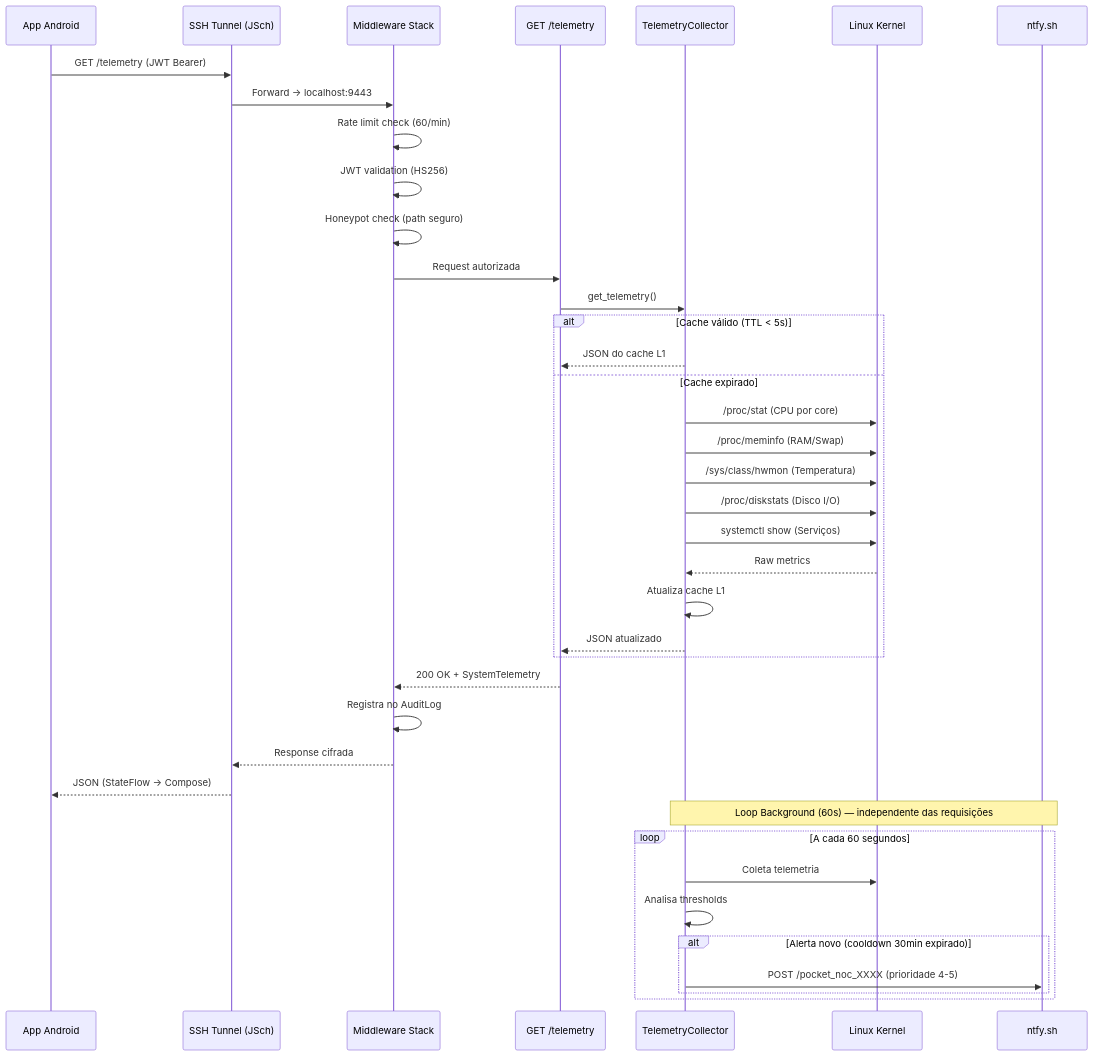
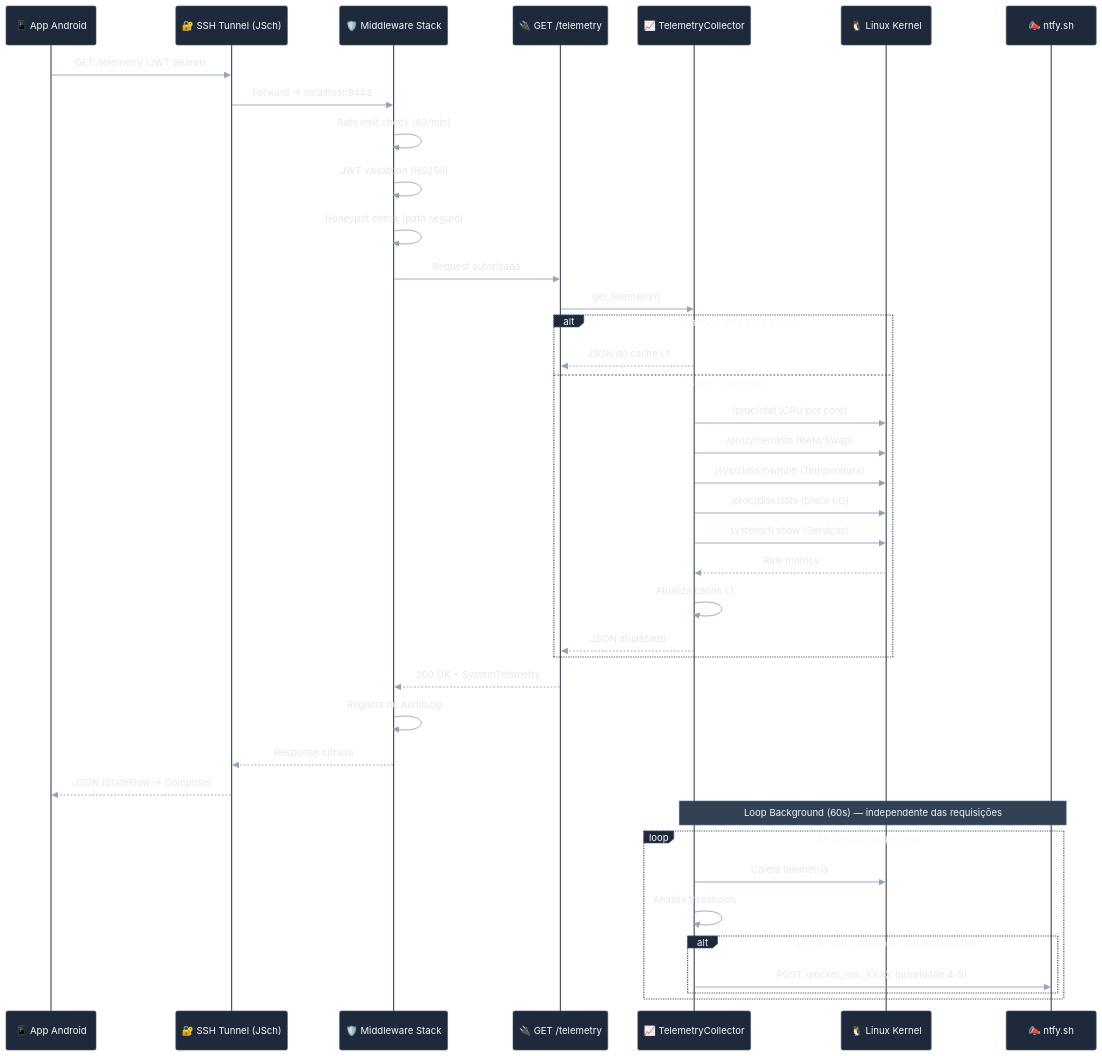
Before and after one commit to Munique-Feitoza/server-controller: the seventh of 12 diagrams in docs/ARCHITECTURE.md, drawn with Mermaid. The commit also changed other lines of this file and 8 other files, not shown here.

First line of the commit message:
docs: aplicar tema visual consistente nos diagramas mermaid

````diff
--- a/docs/ARCHITECTURE.md
+++ b/docs/ARCHITECTURE.md
@@ -326,45 +396,46 @@
 ```mermaid
+%%{init: { "theme": "base", "themeVariables": { "fontFamily": "Inter, sans-serif", "primaryColor": "#1e293b", "primaryTextColor": "#f8fafc", "primaryBorderColor": "#334155", "actorBkg": "#1e293b", "actorBorder": "#475569", "actorTextColor": "#f8fafc", "signalColor": "#94a3b8", "signalTextColor": "#e2e8f0", "noteBkgColor": "#334155", "noteTextColor": "#f1f5f9", "noteBorderColor": "#64748b" } }}%%
 sequenceDiagram
-    participant User as App Android
-    participant SSH as SSH Tunnel (JSch)
-    participant MW as Middleware Stack
-    participant Handler as GET /telemetry
-    participant Cache as TelemetryCollector
-    participant Kernel as Linux Kernel
-    participant Ntfy as ntfy.sh
+    participant User as 📱 App Android
+    participant SSH as 🔐 SSH Tunnel (JSch)
+    participant MW as 🛡️ Middleware Stack
+    participant Handler as 🔌 GET /telemetry
+    participant Cache as 📈 TelemetryCollector
+    participant Kernel as 🐧 Linux Kernel
+    participant Ntfy as 📣 ntfy.sh
 
     User->>SSH: GET /telemetry (JWT Bearer)
     SSH->>MW: Forward → localhost:9443
     MW->>MW: Rate limit check (60/min)
     MW->>MW: JWT validation (HS256)
     MW->>MW: Honeypot check (path seguro)
     MW->>Handler: Request autorizada
 
     Handler->>Cache: get_telemetry()
     alt Cache válido (TTL < 5s)
         Cache-->>Handler: JSON do cache L1
     else Cache expirado
         Cache->>Kernel: /proc/stat (CPU por core)
         Cache->>Kernel: /proc/meminfo (RAM/Swap)
         Cache->>Kernel: /sys/class/hwmon (Temperatura)
         Cache->>Kernel: /proc/diskstats (Disco I/O)
         Cache->>Kernel: systemctl show (Serviços)
         Kernel-->>Cache: Raw metrics
         Cache->>Cache: Atualiza cache L1
         Cache-->>Handler: JSON atualizado
     end
 
     Handler-->>MW: 200 OK + SystemTelemetry
     MW->>MW: Registra no AuditLog
     MW-->>SSH: Response cifrada
     SSH-->>User: JSON (StateFlow → Compose)
 
     Note over Cache,Ntfy: Loop Background (60s) — independente das requisições
     loop A cada 60 segundos
         Cache->>Kernel: Coleta telemetria
         Cache->>Cache: Analisa thresholds
         alt Alerta novo (cooldown 30min expirado)
             Cache->>Ntfy: POST /pocket_noc_XXXX (prioridade 4-5)
         end
     end
 ```
````
